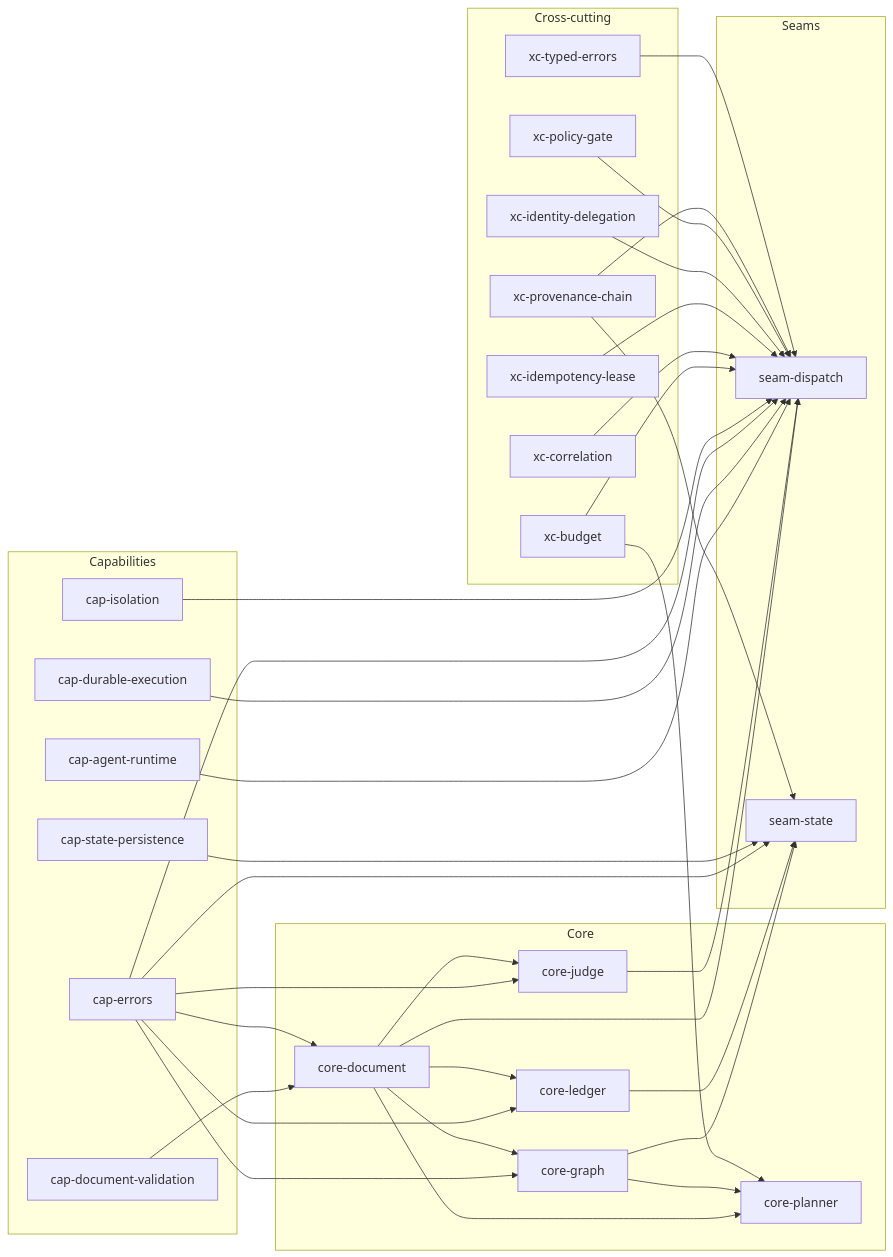
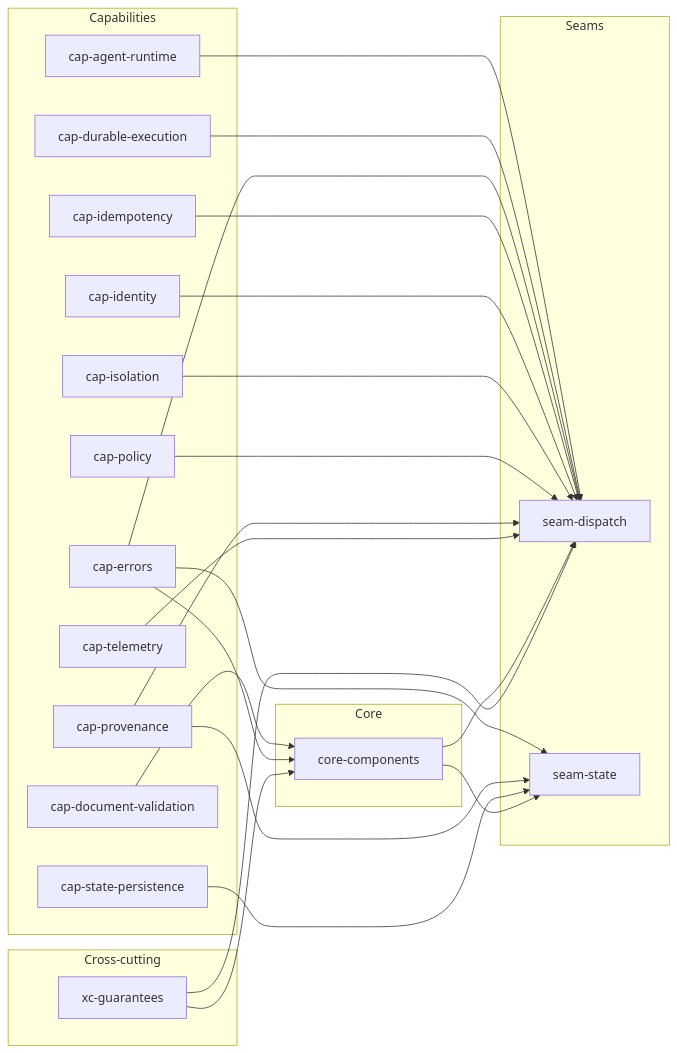
The second of 10 diagrams in docs/skill-graph.md (Dadlorian/AGENT), drawn with Mermaid before and after one commit. The commit also changed other lines of this file and 406 other files, not shown here.

````diff
--- a/docs/skill-graph.md
+++ b/docs/skill-graph.md
@@ -55,60 +55,44 @@
 ```mermaid
 graph LR
     subgraph core_["Core"]
-        core-document
-        core-graph
-        core-judge
-        core-ledger
-        core-planner
+        core-components
     end
     subgraph cap_["Capabilities"]
         cap-agent-runtime
         cap-document-validation
         cap-durable-execution
         cap-errors
+        cap-idempotency
+        cap-identity
         cap-isolation
+        cap-policy
+        cap-provenance
         cap-state-persistence
+        cap-telemetry
     end
     subgraph xc_["Cross-cutting"]
-        xc-budget
-        xc-correlation
-        xc-idempotency-lease
-        xc-identity-delegation
-        xc-policy-gate
-        xc-provenance-chain
-        xc-typed-errors
+        xc-guarantees
     end
     subgraph seam_["Seams"]
         seam-dispatch
         seam-state
     end
-    cap-document-validation --> core-document
-    cap-errors --> core-document
-    cap-errors --> core-graph
-    core-document --> core-graph
-    cap-errors --> core-judge
-    core-document --> core-judge
-    cap-errors --> core-ledger
-    core-document --> core-ledger
-    core-document --> core-planner
-    core-graph --> core-planner
-    xc-budget --> core-planner
+    cap-document-validation --> core-components
+    cap-errors --> core-components
+    xc-guarantees --> core-components
     cap-agent-runtime --> seam-dispatch
     cap-durable-execution --> seam-dispatch
     cap-errors --> seam-dispatch
+    cap-idempotency --> seam-dispatch
+    cap-identity --> seam-dispatch
     cap-isolation --> seam-dispatch
-    core-document --> seam-dispatch
-    core-judge --> seam-dispatch
-    xc-budget --> seam-dispatch
-    xc-correlation --> seam-dispatch
-    xc-idempotency-lease --> seam-dispatch
-    xc-identity-delegation --> seam-dispatch
-    xc-policy-gate --> seam-dispatch
-    xc-provenance-chain --> seam-dispatch
-    xc-typed-errors --> seam-dispatch
+    cap-policy --> seam-dispatch
+    cap-provenance --> seam-dispatch
+    cap-telemetry --> seam-dispatch
+    core-components --> seam-dispatch
+    xc-guarantees --> seam-dispatch
     cap-errors --> seam-state
+    cap-provenance --> seam-state
     cap-state-persistence --> seam-state
-    core-graph --> seam-state
-    core-ledger --> seam-state
-    xc-provenance-chain --> seam-state
+    core-components --> seam-state
 ```
````
